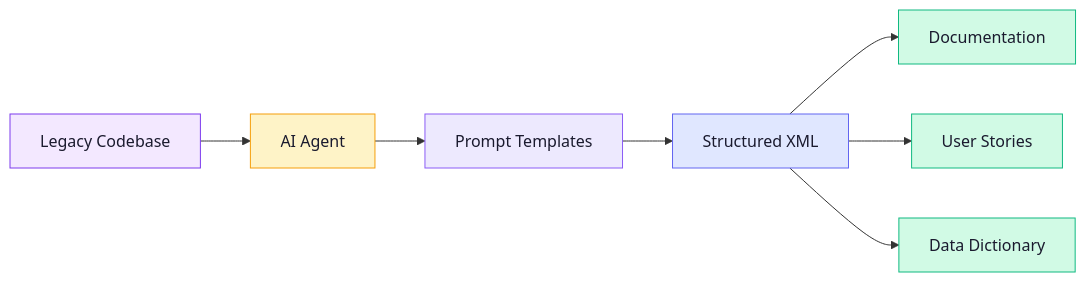
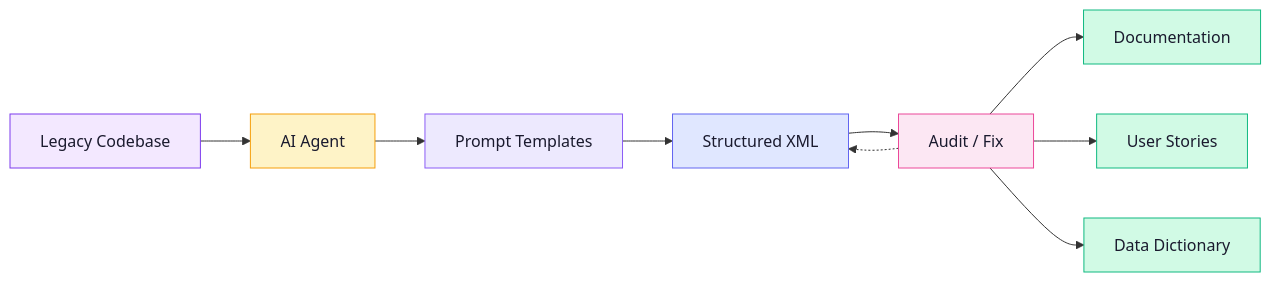
The diagram in docs/index.md (pratik-aditi/Reforge_v1), drawn with Mermaid before and after one commit. The commit also changed 2 other files, not shown here.

Commit message:
fix(docs): correct workflow order — audit/fix before generation
The actual Reforge workflow validates extractions before generating
documentation: Extract → Audit/Fix cycle → Generate. Updated the
Mermaid diagrams, step numbering, phase table, and nav order to
reflect this. Renamed "Maintenance" to "Validation" in the nav
and phase descriptions.

````diff
--- a/docs/index.md
+++ b/docs/index.md
@@ -32,16 +32,19 @@
 ```mermaid
 graph LR
   A[Legacy Codebase] --> B[AI Agent]
   B --> C[Prompt Templates]
   C --> D[Structured XML]
-  D --> E[Documentation]
-  D --> F[User Stories]
-  D --> G[Data Dictionary]
+  D --> E[Audit / Fix]
+  E -.-> D
+  E --> F[Documentation]
+  E --> G[User Stories]
+  E --> H[Data Dictionary]
   style A fill:#f3e8ff,stroke:#7c3aed,color:#1a1a2e
   style B fill:#fef3c7,stroke:#f59e0b,color:#1a1a2e
   style C fill:#ede9fe,stroke:#8b5cf6,color:#1a1a2e
   style D fill:#e0e7ff,stroke:#6366f1,color:#1a1a2e
-  style E fill:#d1fae5,stroke:#10b981,color:#1a1a2e
+  style E fill:#fce7f3,stroke:#ec4899,color:#1a1a2e
   style F fill:#d1fae5,stroke:#10b981,color:#1a1a2e
   style G fill:#d1fae5,stroke:#10b981,color:#1a1a2e
+  style H fill:#d1fae5,stroke:#10b981,color:#1a1a2e
 ```
````
